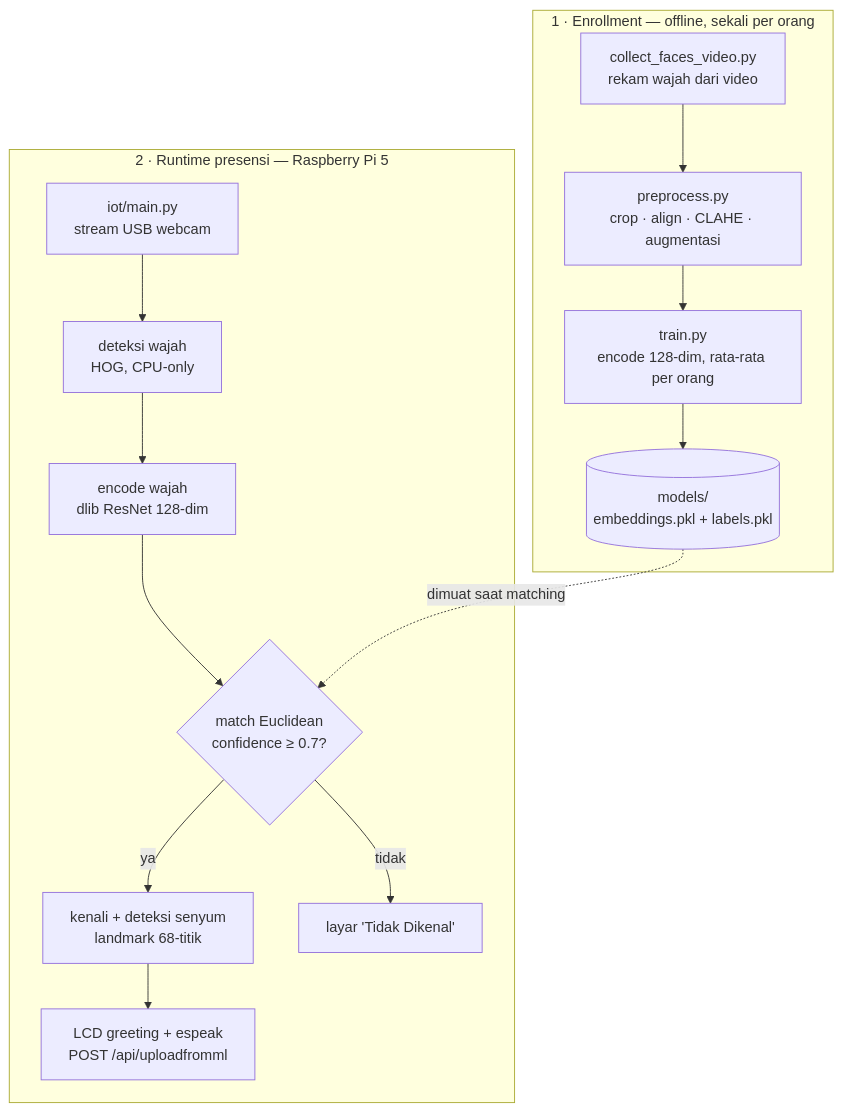
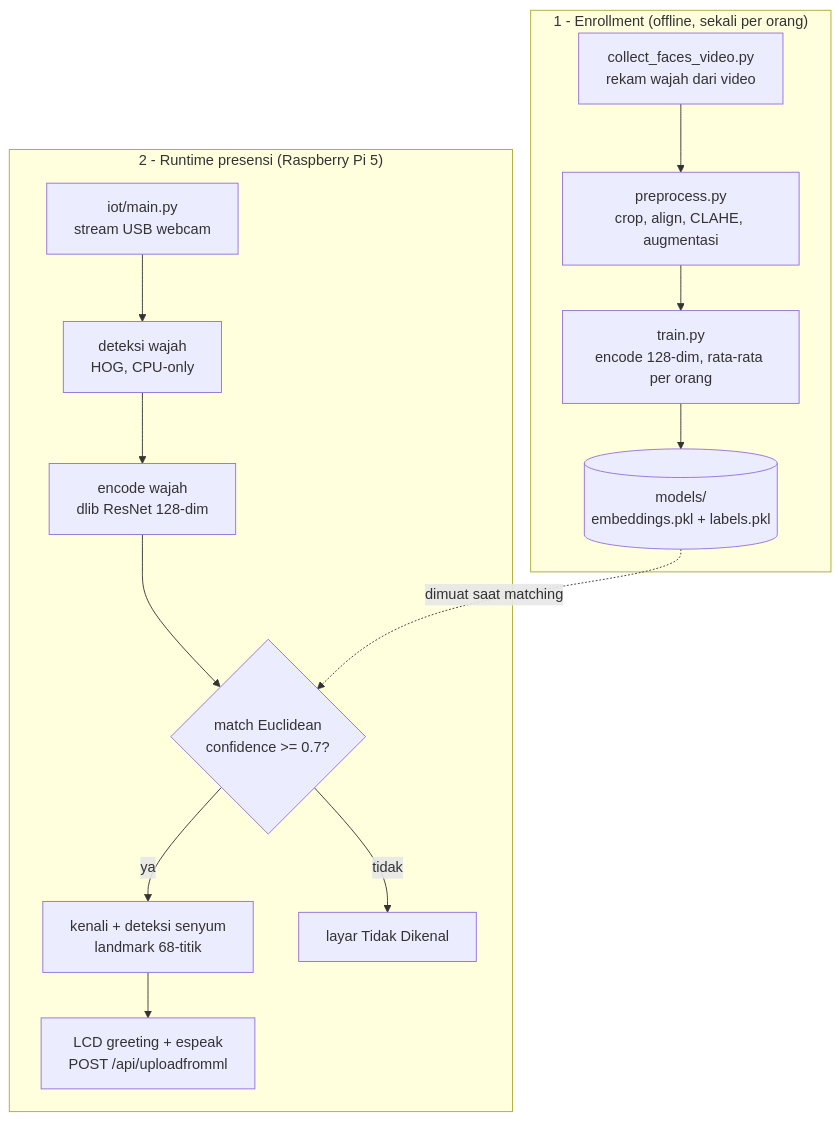
One commit to Daffa12777/boostify-ml changed the diagram in ml/README.md. Above: the diagram before and after it, drawn with Mermaid.

Commit message:
docs: add ML README

````diff
--- a/ml/README.md
+++ b/ml/README.md
@@ -52,25 +52,25 @@
 ```mermaid
 flowchart TD
-    subgraph ENROLL["1 · Enrollment — offline, sekali per orang"]
-        A["collect_faces_video.py<br/>rekam wajah dari video"]
-        B["preprocess.py<br/>crop · align · CLAHE · augmentasi"]
-        C["train.py<br/>encode 128-dim, rata-rata per orang"]
-        D[("models/<br/>embeddings.pkl + labels.pkl")]
+    subgraph ENROLL["1 - Enrollment (offline, sekali per orang)"]
+        A["collect_faces_video.py<br>rekam wajah dari video"]
+        B["preprocess.py<br>crop, align, CLAHE, augmentasi"]
+        C["train.py<br>encode 128-dim, rata-rata per orang"]
+        D[("models/<br>embeddings.pkl + labels.pkl")]
         A --> B --> C --> D
     end
 
-    subgraph RUNTIME["2 · Runtime presensi — Raspberry Pi 5"]
-        E["iot/main.py<br/>stream USB webcam"]
-        F["deteksi wajah<br/>HOG, CPU-only"]
-        G["encode wajah<br/>dlib ResNet 128-dim"]
-        H{"match Euclidean<br/>confidence ≥ 0.7?"}
-        I["kenali + deteksi senyum<br/>landmark 68-titik"]
-        J["layar 'Tidak Dikenal'"]
-        K["LCD greeting + espeak<br/>POST /api/uploadfromml"]
+    subgraph RUNTIME["2 - Runtime presensi (Raspberry Pi 5)"]
+        E["iot/main.py<br>stream USB webcam"]
+        F["deteksi wajah<br>HOG, CPU-only"]
+        G["encode wajah<br>dlib ResNet 128-dim"]
+        H{"match Euclidean<br>confidence >= 0.7?"}
+        I["kenali + deteksi senyum<br>landmark 68-titik"]
+        J["layar Tidak Dikenal"]
+        K["LCD greeting + espeak<br>POST /api/uploadfromml"]
         E --> F --> G --> H
         H -->|ya| I --> K
         H -->|tidak| J
     end
 
     D -.->|dimuat saat matching| H
 ```
````
